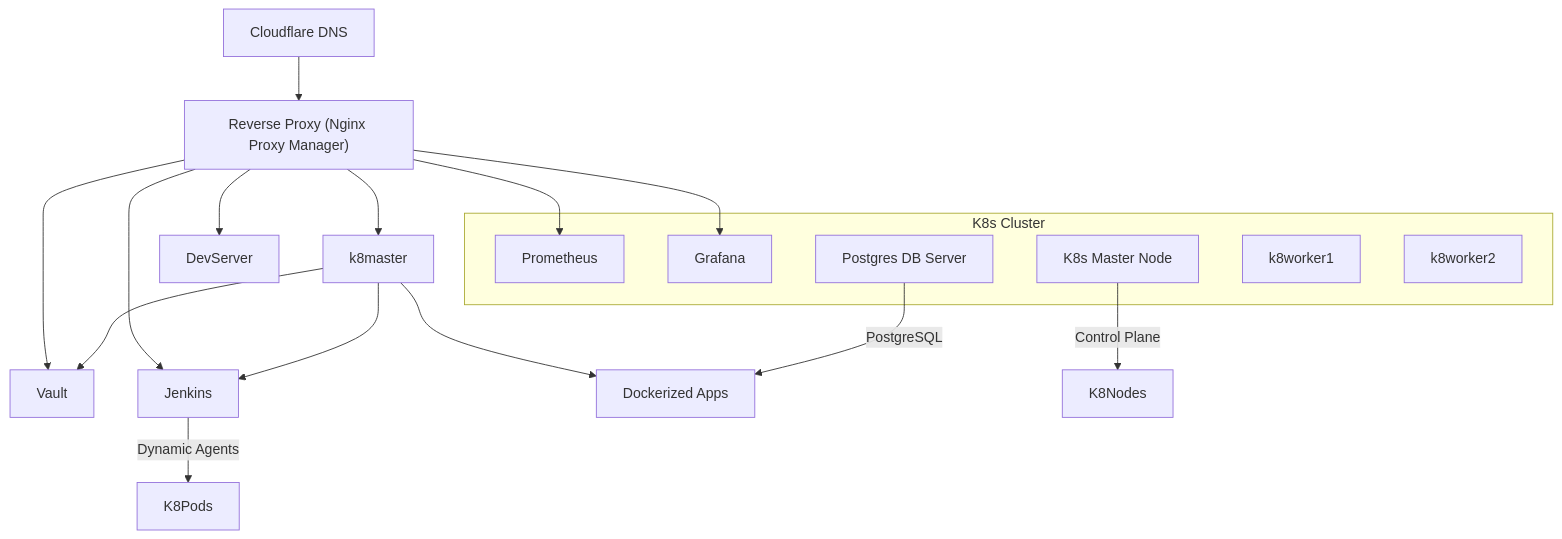
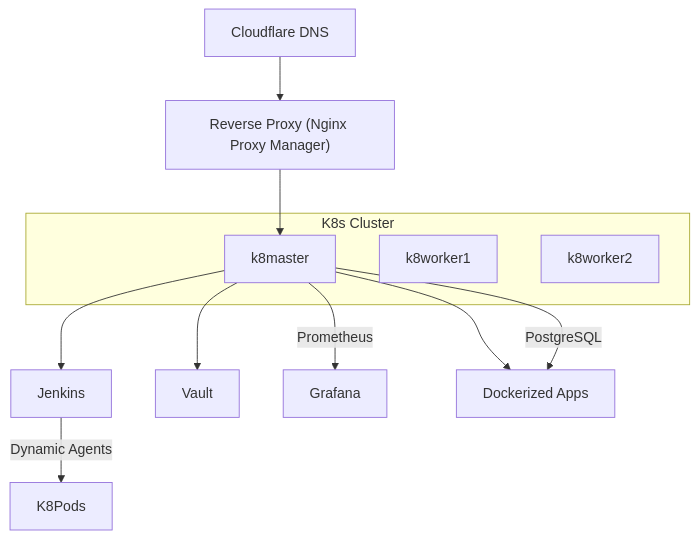
Before and after one commit to tamhid92/devops: the diagram in README.md, drawn with Mermaid.

````diff
--- a/README.md
+++ b/README.md
@@ -26,26 +26,18 @@
 ```mermaid
 graph TD
     CF[Cloudflare DNS] --> RP["Reverse Proxy (Nginx Proxy Manager)"]
     RP --> k8master
-    RP --> Prometheus
-    RP --> Grafana
-    RP --> Vault
-    RP --> Jenkins
-    RP --> DevServer
 
     subgraph K8s Cluster
-        Prometheus
-        Grafana
-        k8Master[K8s Master Node]
-        DBServer[Postgres DB Server]
+        k8master
         k8worker1
         k8worker2
     end
 
     k8master --> Jenkins
     k8master --> Vault
+    k8master --> |Prometheus|Grafana
     k8master --> Apps[Dockerized Apps]
-    k8Master -->|Control Plane| K8Nodes
     Jenkins -->|Dynamic Agents| K8Pods
-    DBServer -->|PostgreSQL| Apps
+    k8master -->|PostgreSQL| Apps
 ```
````
